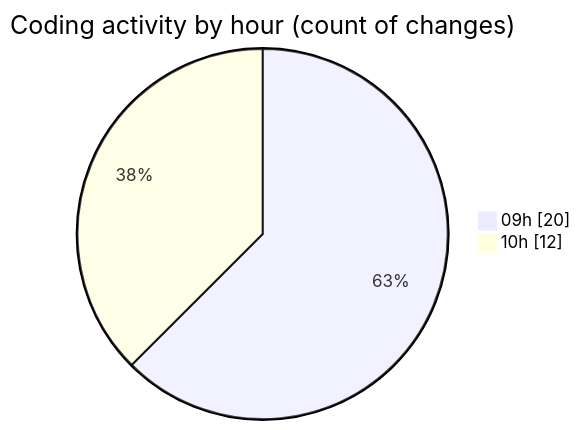
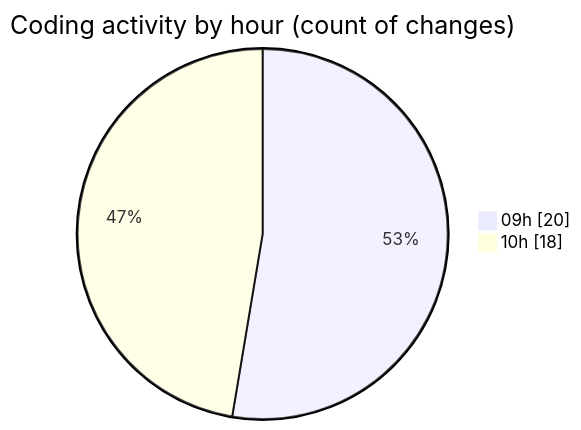
One commit to CELIANVF/code-tracking changed the second of 2 diagrams in 2025-06-10/ecodeli-1/README.md. Above: the diagram before and after it, drawn with Mermaid. The commit also changed other lines of this file and 1 other file, not shown here.

````diff
--- a/2025-06-10/ecodeli-1/README.md
+++ b/2025-06-10/ecodeli-1/README.md
@@ -42,6 +45,6 @@
 ```mermaid
 pie showData
 title Coding activity by hour (count of changes)
 "09h" : 20
-"10h" : 12
+"10h" : 18
 ```
````
